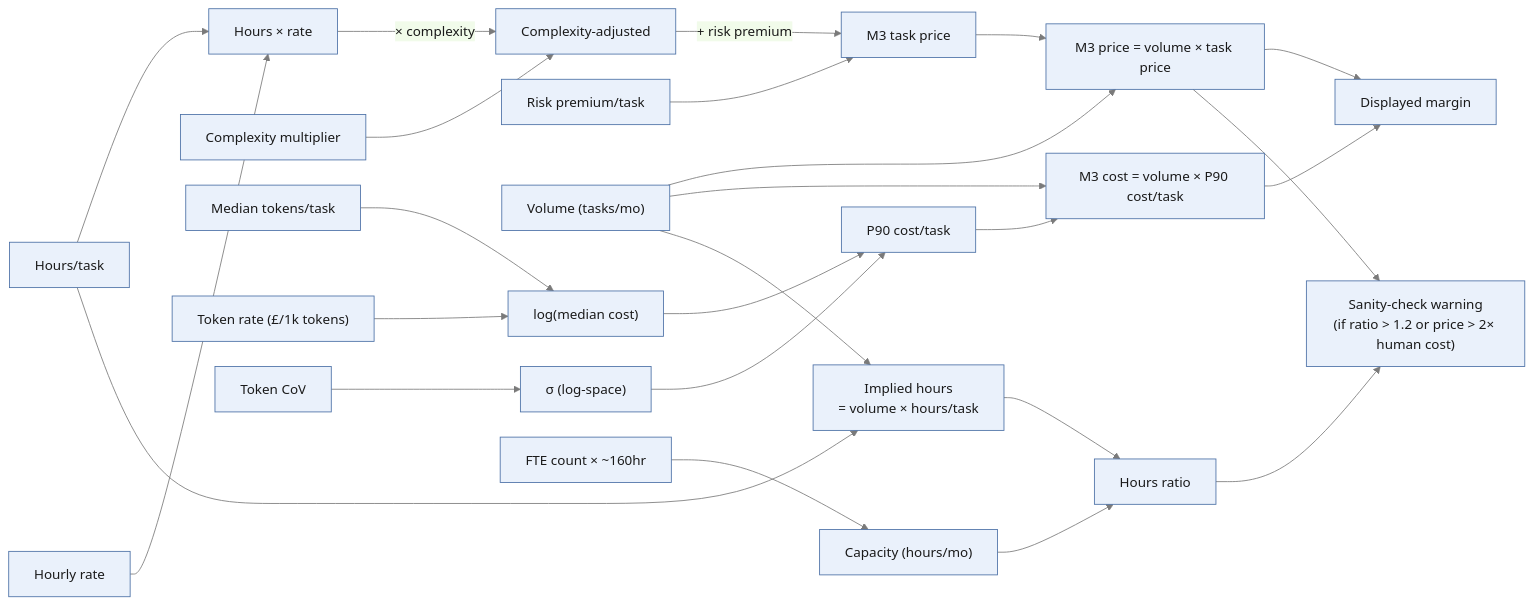
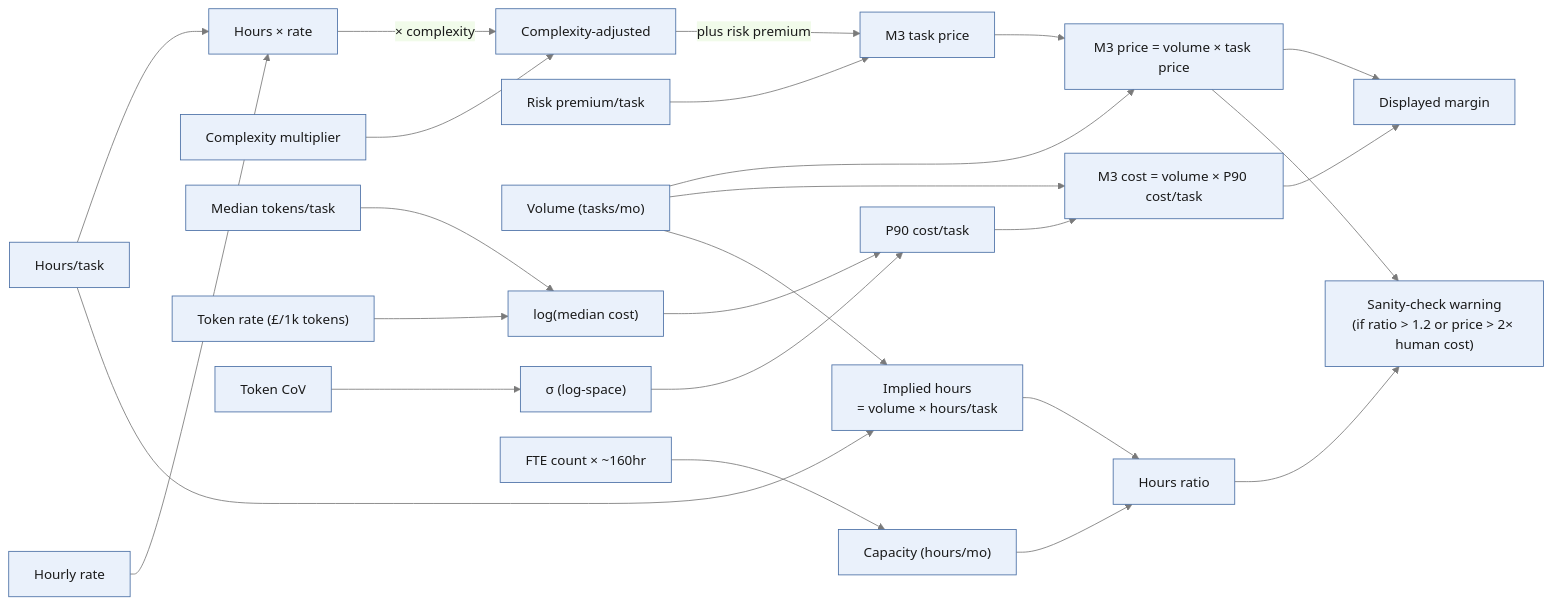
One commit to paulmilne/pricing-lab changed the fourth of 4 diagrams in causal-diagram.qmd. Above: the diagram before and after it, drawn with Mermaid. The commit also changed other lines of this file and 2 other files, not shown here.

Commit message:
Fix mermaid edge labels starting with '+' being misparsed as markdown lists

````diff
--- a/causal-diagram.qmd
+++ b/causal-diagram.qmd
@@ -148,33 +148,33 @@
 ```{mermaid}
 %%{init: {"theme": "base", "themeVariables": {"fontSize": "16px", "primaryColor": "#eaf1fb", "primaryBorderColor": "#4a6fa5", "primaryTextColor": "#1a1a1a", "lineColor": "#7a7a7a"}, "flowchart": {"nodeSpacing": 30, "rankSpacing": 50}}}%%
 flowchart LR
   hrs3["Hours/task"] --> base3["Hours × rate"]
   rate3["Hourly rate"] --> base3
   base3 -->|"× complexity"| complexAdj3["Complexity-adjusted"]
   complexity3["Complexity multiplier"] --> complexAdj3
-  complexAdj3 -->|"+ risk premium"| taskPrice["M3 task price"]
+  complexAdj3 -->|"plus risk premium"| taskPrice["M3 task price"]
   riskPrem3["Risk premium/task"] --> taskPrice
 
   vol3["Volume (tasks/mo)"] --> price3["M3 price = volume × task price"]
   taskPrice --> price3
 
   tok3["Median tokens/task"] --> muC3["log(median cost)"]
   rate3b["Token rate (£/1k tokens)"] --> muC3
   cov3["Token CoV"] --> sigma3["σ (log-space)"]
   muC3 --> p903["P90 cost/task"]
   sigma3 --> p903
 
   p903 --> cost3["M3 cost = volume × P90 cost/task"]
   vol3 --> cost3
 
   price3 --> margin3out["Displayed margin"]
   cost3 --> margin3out
 
   fte3["FTE count × ~160hr"] --> capacity3["Capacity (hours/mo)"]
   vol3 --> impliedHrs3["Implied hours\n= volume × hours/task"]
   hrs3 --> impliedHrs3
   capacity3 --> ratio3["Hours ratio"]
   impliedHrs3 --> ratio3
   ratio3 --> warn3["Sanity-check warning\n(if ratio > 1.2 or price > 2× human cost)"]
   price3 --> warn3
 ```
````
